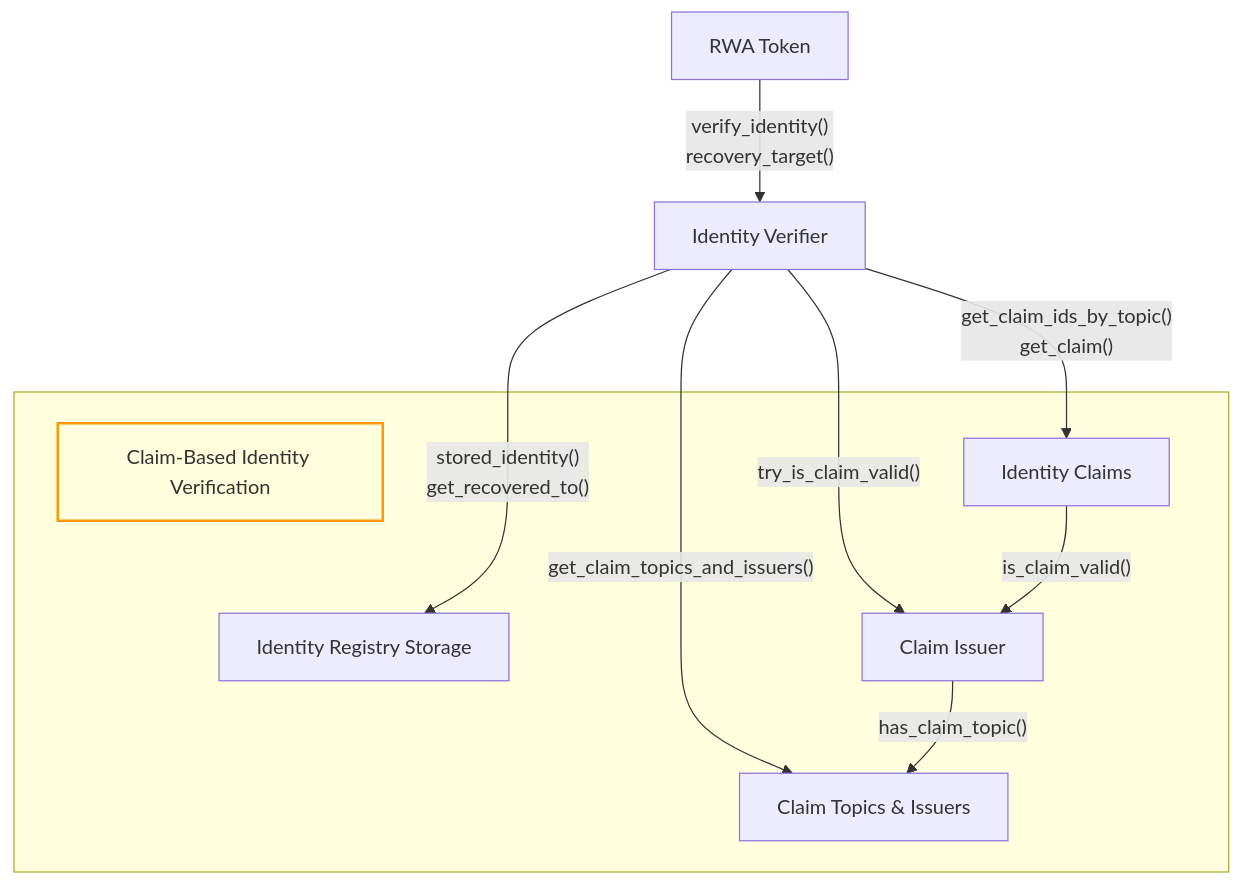
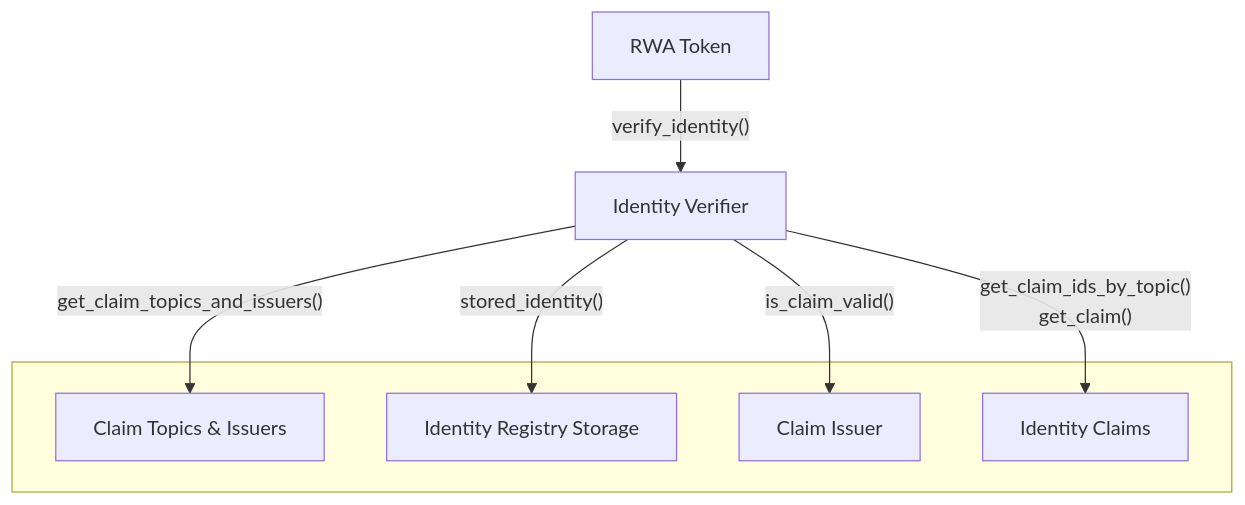
Before and after one commit to OpenZeppelin/docs: the third of 3 diagrams in content/stellar-contracts/tokens/rwa/rwa.mdx, drawn with Mermaid. The commit also changed other lines of this file, not shown here.

Commit message:
mermaid rework

````diff
--- a/content/stellar-contracts/tokens/rwa/rwa.mdx
+++ b/content/stellar-contracts/tokens/rwa/rwa.mdx
@@ -317,31 +317,21 @@
 ```mermaid
 graph TB
 
     RWA[RWA Token]
     IDV[Identity Verifier]
 
     subgraph " "
         CTI[Claim Topics & Issuers]
         IRS[Identity Registry Storage]
         CI[Claim Issuer]
         IC[Identity Claims]
 
-        IV_TITLE["Claim-Based Identity Verification"]
-        IV_TITLE ~~~ IRS
     end
 
-
-
-    RWA -->|"verify_identity()<br/>recovery_target()"| IDV
-
+    RWA -->|"verify_identity()"| IDV
 
     IDV -->|"get_claim_topics_and_issuers()"| CTI
-    IDV -->|"stored_identity()<br/>get_recovered_to()"| IRS
-    IDV -->|"try_is_claim_valid()"| CI
+    IDV -->|"stored_identity()"| IRS
+    IDV -->|"is_claim_valid()"| CI
     IDV -->|"get_claim_ids_by_topic()<br/>get_claim()"| IC
-
-    CI --> |"has_claim_topic()"| CTI
-    IC --> |"is_claim_valid()"| CI
-
-    style IV_TITLE fill:none,stroke:#ff9800,stroke-width:2px
 ```
````
